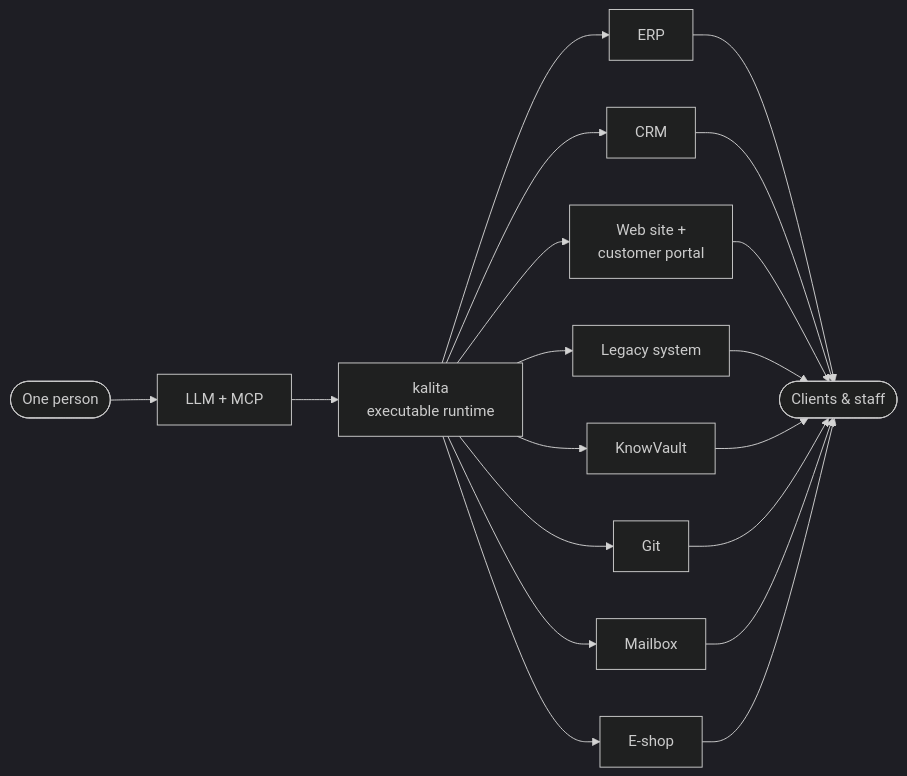
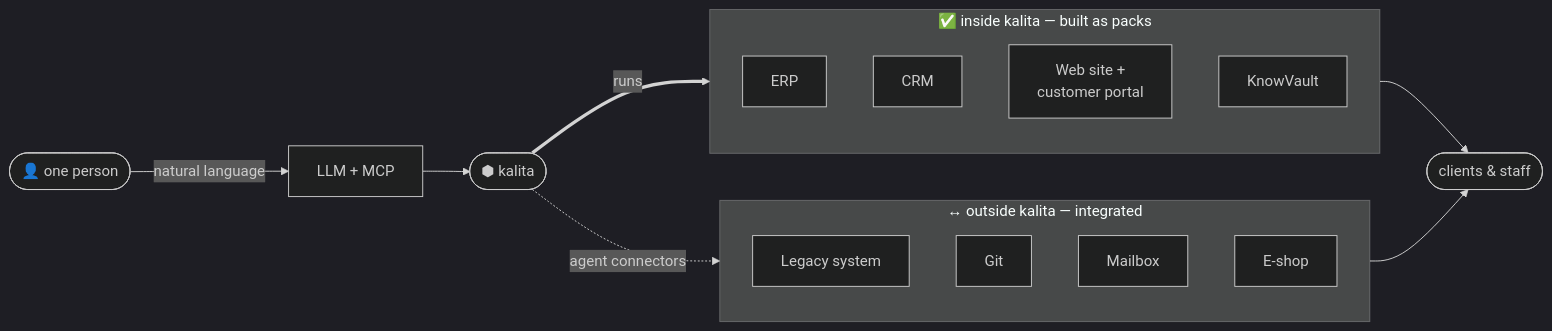
One commit to avangerus/kalita changed the first of 5 diagrams in README.md. Above: the diagram before and after it, drawn with Mermaid (dark theme). The commit also changed other lines of this file and 1 other file, not shown here.

Commit message:
UI strings to English; README big-picture diagram shows the coverage boundary (inside=packs / outside=integrated)

````diff
--- a/README.md
+++ b/README.md
@@ -22,7 +22,27 @@
 ```mermaid
 flowchart LR
-    P(["One person"]) --> L["LLM + MCP"]
-    L --> K["kalita<br/>executable runtime"]
-    K --> ERP["ERP"] & CRM["CRM"] & SITE["Web site +<br/>customer portal"] & LEG["Legacy system"] & KV["KnowVault"] & GIT["Git"] & MAIL["Mailbox"] & SHOP["E-shop"]
-    ERP & CRM & SITE & LEG & KV & GIT & MAIL & SHOP --> AUD(["Clients & staff"])
+    P(["👤 one person"]) -->|"natural language"| L["LLM + MCP"]
+    L --> K(["⬢ kalita"])
+
+    K ==>|"runs"| COV
+    K -. "agent connectors" .-> EXT
+
+    subgraph COV["✅ inside kalita — built as packs"]
+        direction TB
+        ERP["ERP"]
+        CRM["CRM"]
+        PORTAL["Web site +<br/>customer portal"]
+        KV["KnowVault"]
+    end
+
+    subgraph EXT["↔ outside kalita — integrated"]
+        direction TB
+        LEG["Legacy system"]
+        GIT["Git"]
+        MAIL["Mailbox"]
+        SHOP["E-shop"]
+    end
+
+    COV --> AUD(["clients & staff"])
+    EXT --> AUD
 ```
````
